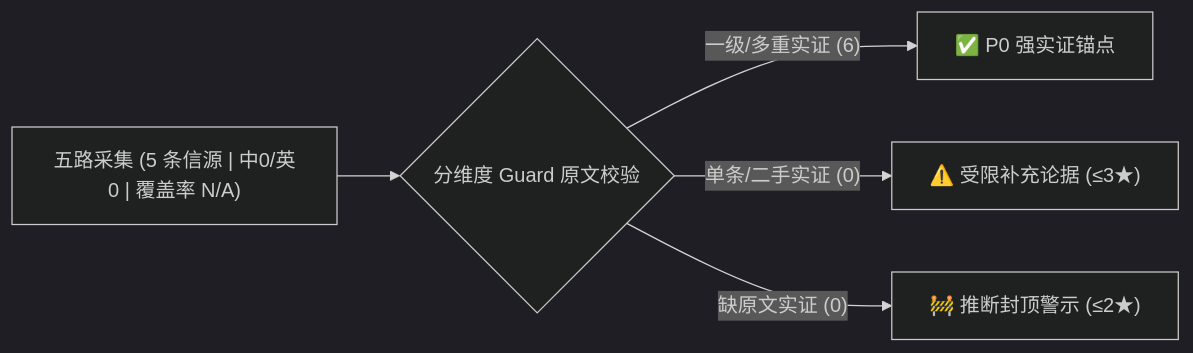
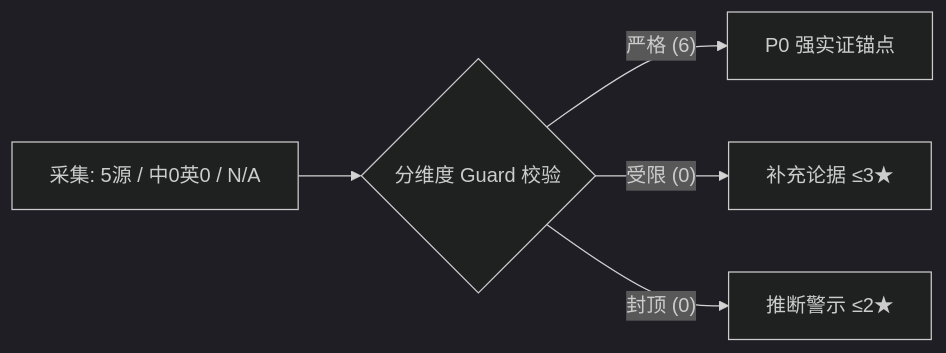
The second of 5 diagrams in reports/autogpt.md (az1615962561-crypto/ai-harness-analyzer), drawn with Mermaid (dark theme) before and after one commit. The commit also changed other lines of this file and 17 other files, not shown here.

Commit message:
Fix Mermaid xychart-beta layout: compact unquoted axis labels & Y-axis headroom

````diff
--- a/reports/autogpt.md
+++ b/reports/autogpt.md
@@ -76,7 +76,7 @@
 ```mermaid
 flowchart LR
-    Collect["五路采集 (5 条信源 | 中0/英0 | 覆盖率 N/A)"] --> Guard{"分维度 Guard 原文校验"}
-    Guard -- "一级/多重实证 (6)" --> Core["✅ P0 强实证锚点"]
-    Guard -- "单条/二手实证 (0)" --> Mod["⚠️ 受限补充论据 (≤3★)"]
-    Guard -- "缺原文实证 (0)" --> Warn["🚧 推断封顶警示 (≤2★)"]
+    Collect["采集: 5源 / 中0英0 / N/A"] --> Guard{"分维度 Guard 校验"}
+    Guard -- "严格 (6)" --> Core["P0 强实证锚点"]
+    Guard -- "受限 (0)" --> Mod["补充论据 ≤3★"]
+    Guard -- "封顶 (0)" --> Warn["推断警示 ≤2★"]
 ```
````
